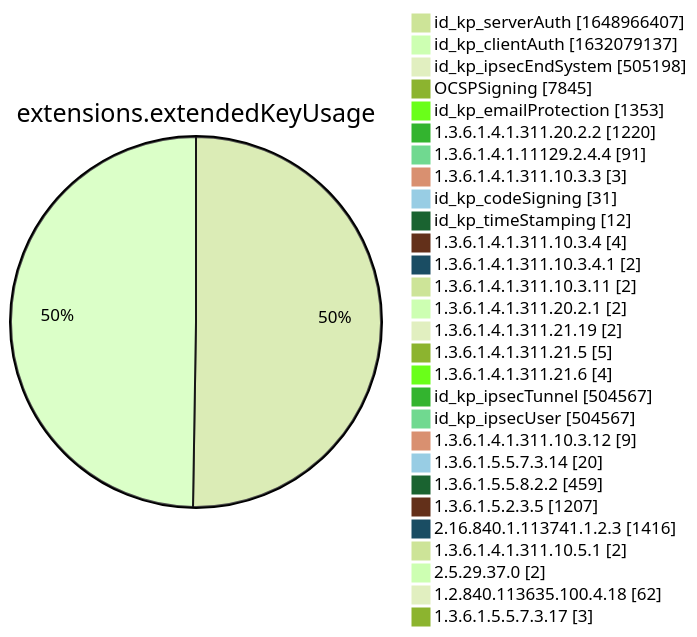
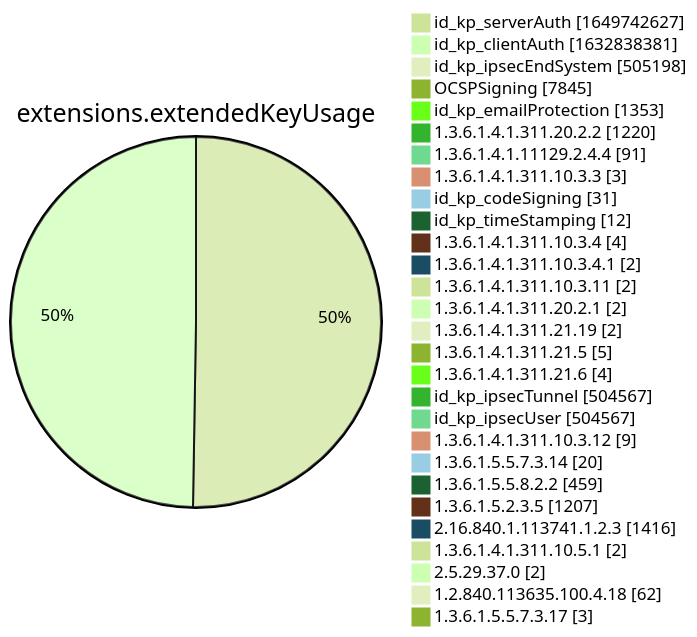
Diagram 12 of 15 in xenon2022/README.md (christiankrug/ctmonitor_visualization), drawn with Mermaid (forest theme) before and after one commit. The commit also changed other lines of this file, not shown here.

````diff
--- a/xenon2022/README.md
+++ b/xenon2022/README.md
@@ -3886,32 +3886,32 @@
 ```mermaid
 pie showData
 title extensions.extendedKeyUsage
-"id_kp_serverAuth" :1648966407
-"id_kp_clientAuth" :1632079137
+"id_kp_serverAuth" :1649742627
+"id_kp_clientAuth" :1632838381
 "id_kp_ipsecEndSystem" :505198
 "OCSPSigning" :7845
 "id_kp_emailProtection" :1353
 "1.3.6.1.4.1.311.20.2.2" :1220
 "1.3.6.1.4.1.11129.2.4.4" :91
 "1.3.6.1.4.1.311.10.3.3" :3
 "id_kp_codeSigning" :31
 "id_kp_timeStamping" :12
 "1.3.6.1.4.1.311.10.3.4" :4
 "1.3.6.1.4.1.311.10.3.4.1" :2
 "1.3.6.1.4.1.311.10.3.11" :2
 "1.3.6.1.4.1.311.20.2.1" :2
 "1.3.6.1.4.1.311.21.19" :2
 "1.3.6.1.4.1.311.21.5" :5
 "1.3.6.1.4.1.311.21.6" :4
 "id_kp_ipsecTunnel" :504567
 "id_kp_ipsecUser" :504567
 "1.3.6.1.4.1.311.10.3.12" :9
 "1.3.6.1.5.5.7.3.14" :20
 "1.3.6.1.5.5.8.2.2" :459
 "1.3.6.1.5.2.3.5" :1207
 "2.16.840.1.113741.1.2.3" :1416
 "1.3.6.1.4.1.311.10.5.1" :2
 "2.5.29.37.0" :2
 "1.2.840.113635.100.4.18" :62
 "1.3.6.1.5.5.7.3.17" :3
 ```
````
